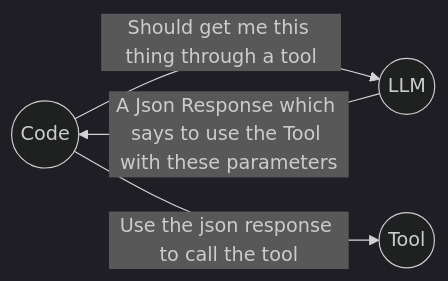
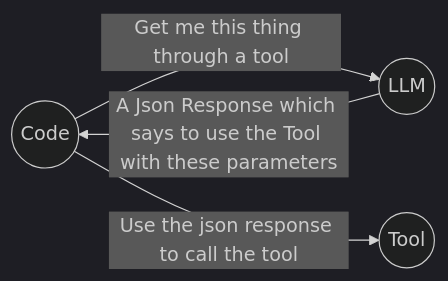
The sixth of 6 diagrams in README.md (sovan92/agent), drawn with Mermaid (dark theme) before and after one commit.

````diff
--- a/README.md
+++ b/README.md
@@ -103,6 +103,6 @@
 ```mermaid
 flowchart LR;
-    Code((Code))-->|Should get me this thing through a tool|LLM((LLM));
+    Code((Code))-->|Get me this thing through a tool|LLM((LLM));
     LLM((LLM))-->|A Json Response which says to use the Tool with these parameters|Code((Code));
     Code((Code))-->|Use the json response to call the tool|Tool((Tool));   
 ```
````
